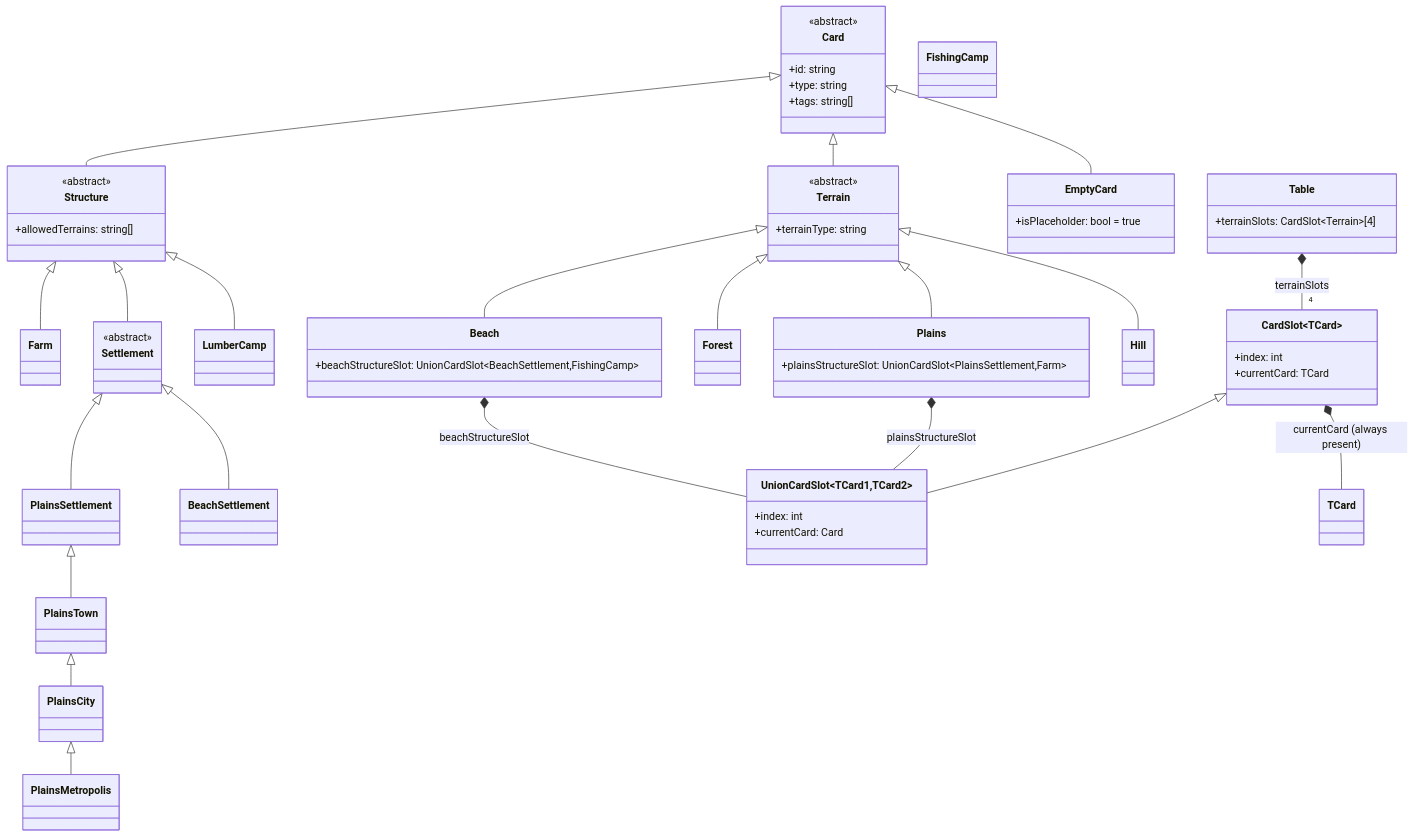
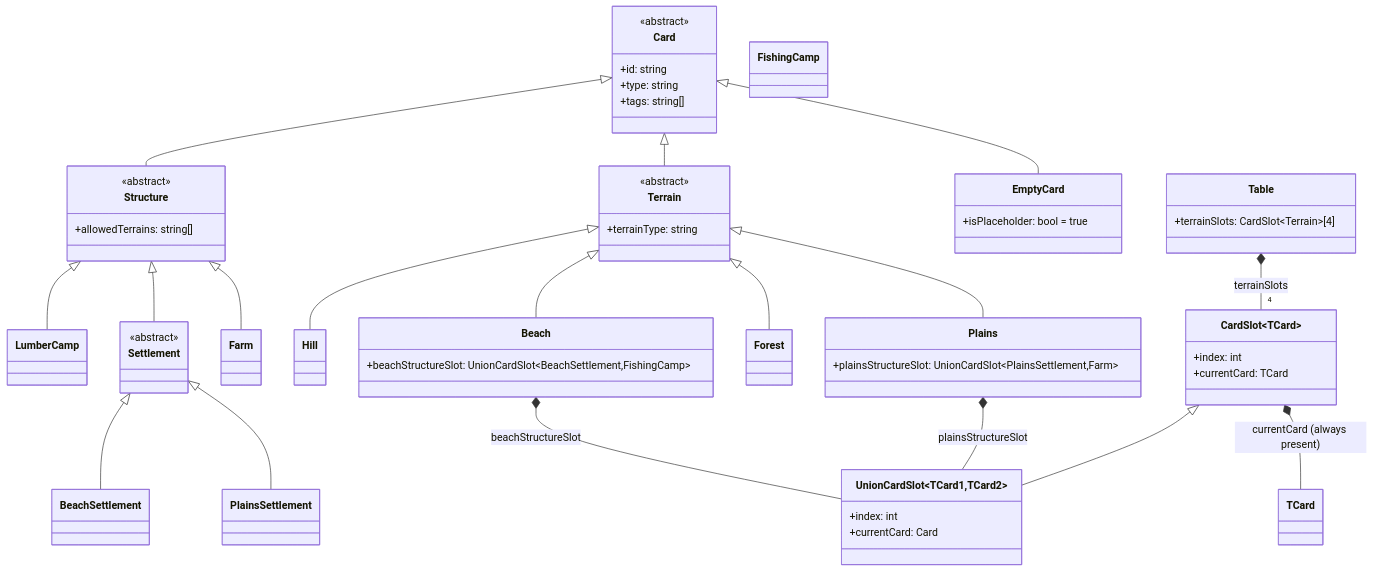
The first of 2 diagrams in StrategyGame/data-structure.md (AJosephsen/gfxer), drawn with Mermaid before and after one commit. The commit also changed other lines of this file, not shown here.

Commit message:
docs: remove upgraded plains settlement tiers

````diff
--- a/StrategyGame/data-structure.md
+++ b/StrategyGame/data-structure.md
@@ -17,79 +17,73 @@
 ```mermaid
 classDiagram
     class Card {
         <<abstract>>
         +id: string
         +type: string
         +tags: string[]
     }
 
     class Terrain {
         <<abstract>>
         +terrainType: string
     }
 
     class Structure {
         <<abstract>>
         +allowedTerrains: string[]
     }
 
     class Farm
     class Settlement {
         <<abstract>>
     }
     class PlainsSettlement
-    class PlainsTown
-    class PlainsCity
-    class PlainsMetropolis
     class BeachSettlement
     class LumberCamp
     class FishingCamp
 
     class Plains {
         +plainsStructureSlot: UnionCardSlot~PlainsSettlement,Farm~
     }
     class Forest
     class Beach {
         +beachStructureSlot: UnionCardSlot~BeachSettlement,FishingCamp~
     }
     class Hill
 
     class EmptyCard {
         +isPlaceholder: bool = true
     }
 
     class CardSlot~TCard~ {
         +index: int
         +currentCard: TCard
     }
 
     class UnionCardSlot~TCard1,TCard2~ {
         +index: int
         +currentCard: Card
     }
 
     class Table {
         +terrainSlots: CardSlot~Terrain~[4]
     }
 
     Card <|-- EmptyCard
     Card <|-- Terrain
     Card <|-- Structure
     Structure <|-- Farm
     Structure <|-- Settlement
     Settlement <|-- PlainsSettlement
-    PlainsSettlement <|-- PlainsTown
-    PlainsTown <|-- PlainsCity
-    PlainsCity <|-- PlainsMetropolis
     Settlement <|-- BeachSettlement
     Structure <|-- LumberCamp
     Terrain <|-- Plains
     Terrain <|-- Forest
     Terrain <|-- Beach
     Terrain <|-- Hill
     CardSlot~TCard~ *-- TCard : currentCard (always present)
     CardSlot~TCard~ <|-- UnionCardSlot~TCard1,TCard2~
     Plains *-- UnionCardSlot~PlainsSettlement,Farm~ : plainsStructureSlot
     Beach *-- UnionCardSlot~BeachSettlement,FishingCamp~ : beachStructureSlot
     Table *-- "4" CardSlot~Terrain~ : terrainSlots
 ```
````
